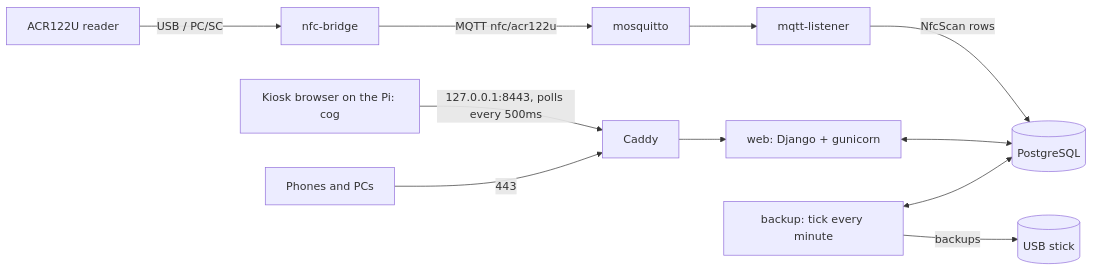
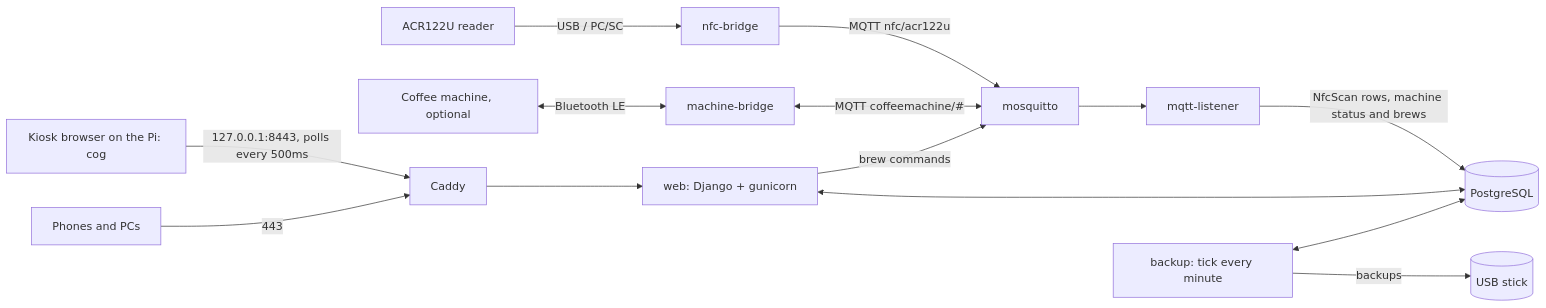
Before and after one commit to OneAndOnlyBaka/CoffeePy: the first of 4 diagrams in docs/ARCHITECTURE.md, drawn with Mermaid. The commit also changed other lines of this file and 6 other files, not shown here.

Commit message:
docs: Update architecture, calculations, and privacy documentation to reflect coffee machine integration and GDPR compliance

````diff
--- a/docs/ARCHITECTURE.md
+++ b/docs/ARCHITECTURE.md
@@ -24,13 +26,16 @@
 ```mermaid
 flowchart LR
     reader[ACR122U reader] -->|USB / PC/SC| bridge[nfc-bridge]
     bridge -->|MQTT nfc/acr122u| mosquitto
+    machine[Coffee machine, optional] <-->|Bluetooth LE| mbridge[machine-bridge]
+    mbridge <-->|MQTT coffeemachine/#| mosquitto
     mosquitto --> listener[mqtt-listener]
-    listener -->|NfcScan rows| db[(PostgreSQL)]
+    listener -->|NfcScan rows, machine status and brews| db[(PostgreSQL)]
     web[web: Django + gunicorn] <--> db
+    web -->|brew commands| mosquitto
     backup[backup: tick every minute] <--> db
     caddy[Caddy] --> web
     kiosk[Kiosk browser on the Pi: cog] -->|127.0.0.1:8443, polls every 500ms| caddy
     phones[Phones and PCs] -->|443| caddy
     backup -->|backups| stick[(USB stick)]
 ```
````
